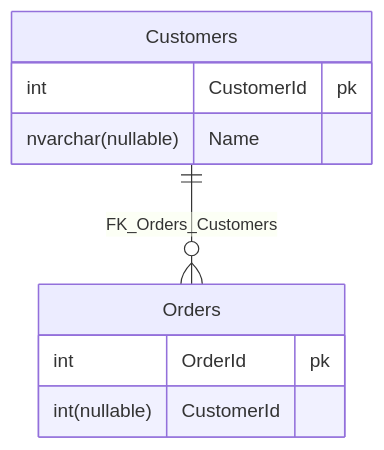
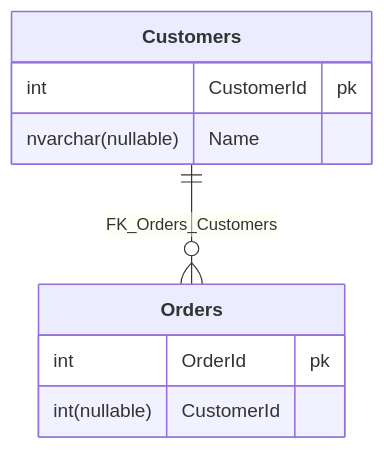
One commit to SimonCropp/DbToMermaid changed the diagram in src/EfToMermaid.Tests/Tests.WithNullable.verified.md. Above: the diagram before and after it, drawn with Mermaid. The commit also changed 13 other files, not shown here.

````diff
--- a/src/EfToMermaid.Tests/Tests.WithNullable.verified.md
+++ b/src/EfToMermaid.Tests/Tests.WithNullable.verified.md
@@ -2,12 +2,12 @@
 ```mermaid
 erDiagram
-  Customers {
+  Customers["**Customers**"] {
     int CustomerId pk
     nvarchar(nullable) Name
   }
-  Orders {
+  Orders["**Orders**"] {
     int OrderId pk
     int(nullable) CustomerId
   }
   Customers ||--o{ Orders : "FK_Orders_Customers"
 ```
````
